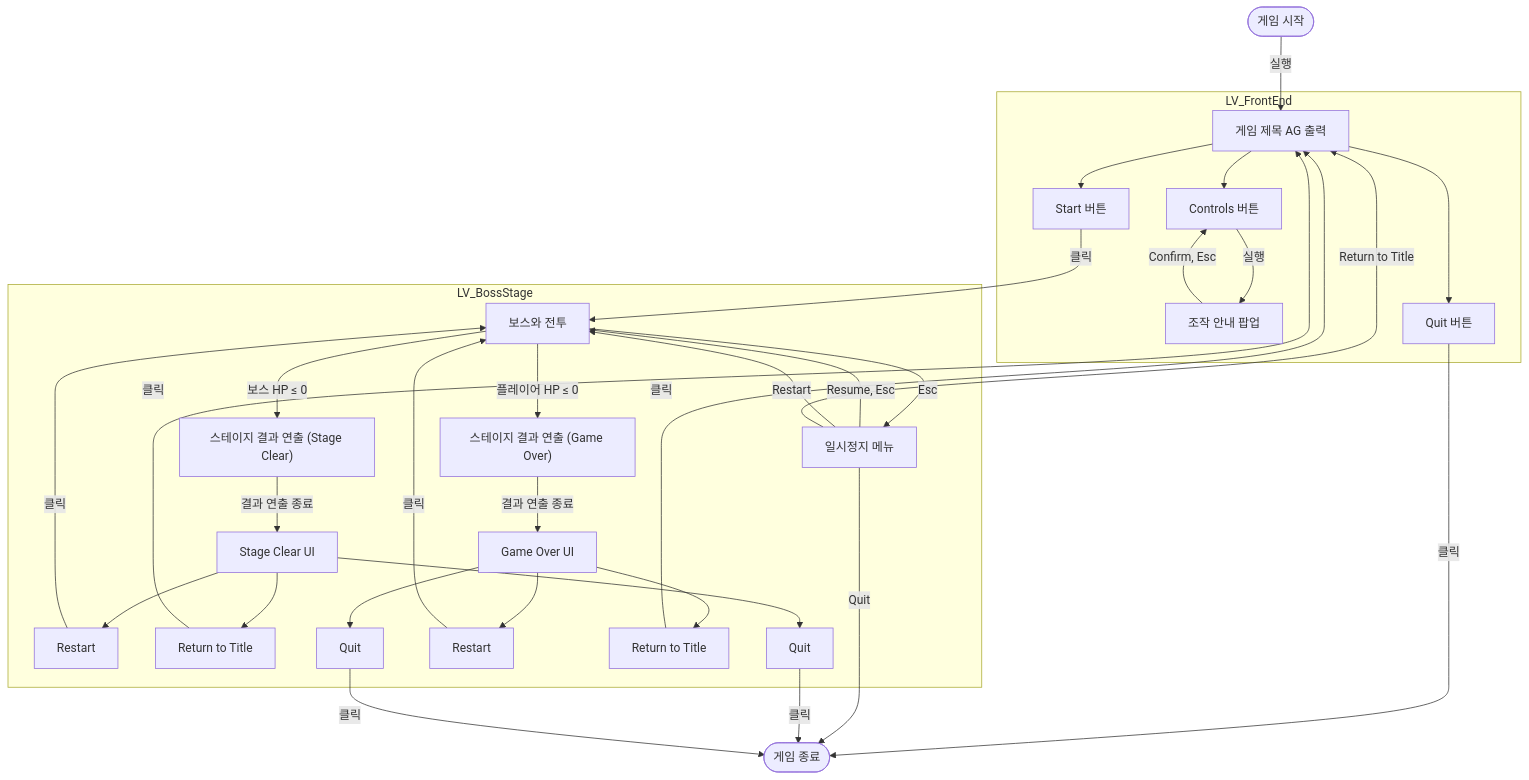
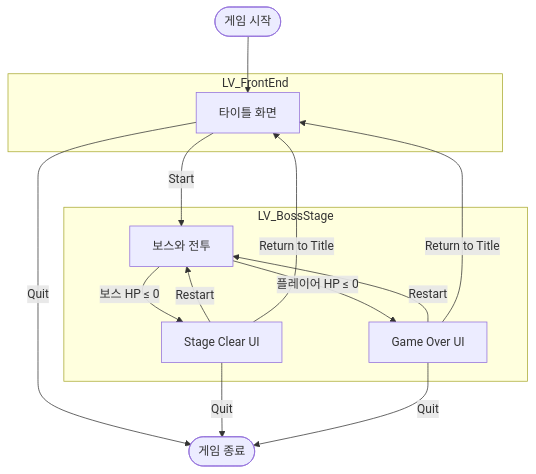
Before and after one commit to Woogl/Ag: the diagram in Docs/Design/게임 플로우.md, drawn with Mermaid.

Commit message:
기획: 게임 플로우 다이어그램 상태 전이 중심 간소화

````diff
--- a/Docs/Design/게임 플로우.md
+++ b/Docs/Design/게임 플로우.md
@@ -58,58 +58,28 @@
 ```mermaid
 flowchart TD
-    start([게임 시작]) -->|실행| title
+    start([게임 시작]) --> title
 
     subgraph FE["LV_FrontEnd"]
-        title["게임 제목 AG 출력"]
-        startBtn[Start 버튼]
-        controlsBtn[Controls 버튼]
-        controlsPopup[조작 안내 팝업]
-        quitBtn[Quit 버튼]
-        title --> startBtn
-        title --> controlsBtn
-        title --> quitBtn
-        controlsBtn -->|실행| controlsPopup
-        controlsPopup -->|Confirm, Esc| controlsBtn
+        title["타이틀 화면"]
     end
 
-    quitBtn -->|클릭| exitGame([게임 종료])
-    startBtn -->|클릭| combat
+    title -->|Start| combat
+    title -->|Quit| exitGame([게임 종료])
 
     subgraph BOSS["LV_BossStage"]
-        combat[보스와 전투]
-        pauseUI[일시정지 메뉴]
-        bossDeath["스테이지 결과 연출 (Stage Clear)"]
-        playerDeath["스테이지 결과 연출 (Game Over)"]
-        clearUI[Stage Clear UI]
-        overUI[Game Over UI]
-        clearRetry[Restart]
-        clearHome[Return to Title]
-        clearQuit[Quit]
-        overRetry[Restart]
-        overHome[Return to Title]
-        overQuit[Quit]
+        combat["보스와 전투"]
+        clearUI["Stage Clear UI"]
+        overUI["Game Over UI"]
 
-        combat -->|Esc| pauseUI
-        pauseUI -->|Resume, Esc| combat
-        combat -->|보스 HP ≤ 0| bossDeath
-        combat -->|플레이어 HP ≤ 0| playerDeath
-        bossDeath -->|결과 연출 종료| clearUI
-        playerDeath -->|결과 연출 종료| overUI
-        clearUI --> clearRetry
-        clearUI --> clearHome
-        clearUI --> clearQuit
-        overUI --> overRetry
-        overUI --> overHome
-        overUI --> overQuit
+        combat -->|보스 HP ≤ 0| clearUI
+        combat -->|플레이어 HP ≤ 0| overUI
     end
 
-    pauseUI -->|Restart| combat
-    pauseUI -->|Return to Title| title
-    pauseUI -->|Quit| exitGame
-    clearRetry -->|클릭| combat
-    overRetry -->|클릭| combat
-    clearHome -->|클릭| title
-    overHome -->|클릭| title
-    clearQuit -->|클릭| exitGame
-    overQuit -->|클릭| exitGame
+    clearUI -->|Quit| exitGame
+    overUI -->|Quit| exitGame
+
+    clearUI -->|Restart| combat
+    clearUI -->|Return to Title| title
+    overUI -->|Restart| combat
+    overUI -->|Return to Title| title
 ```
````
